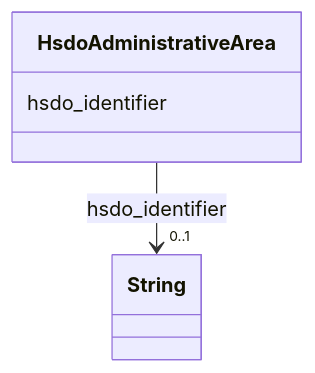
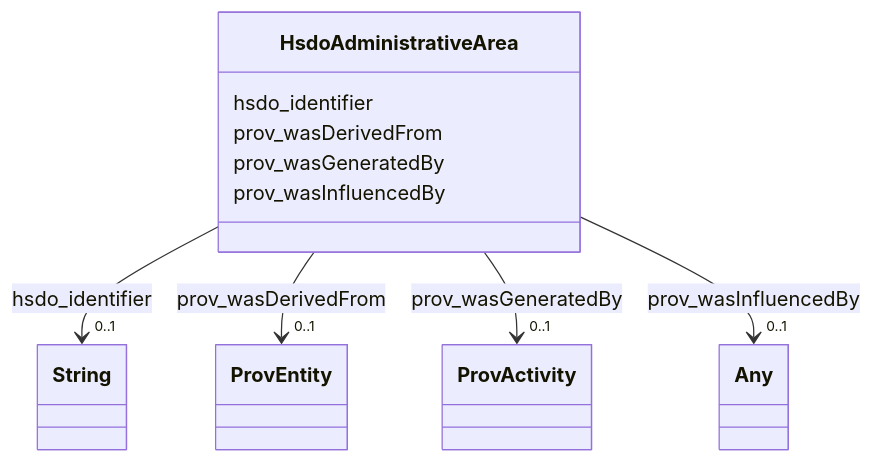
Before and after one commit to frink-okn/graph-descriptions: the diagram in dream-kg/classes/HsdoAdministrativeArea.md, drawn with Mermaid. The commit also changed other lines of this file and 47 other files, not shown here.

````diff
--- a/dream-kg/classes/HsdoAdministrativeArea.md
+++ b/dream-kg/classes/HsdoAdministrativeArea.md
@@ -19,15 +19,42 @@
 ```mermaid
  classDiagram
     class HsdoAdministrativeArea
     click HsdoAdministrativeArea href "../HsdoAdministrativeArea"
       HsdoAdministrativeArea : hsdo_identifier
         
           
     
     
     HsdoAdministrativeArea --> "0..1" String : hsdo_identifier
     click String href "../String"
 
         
+      HsdoAdministrativeArea : prov_wasDerivedFrom
+        
+          
+    
+    
+    HsdoAdministrativeArea --> "0..1" ProvEntity : prov_wasDerivedFrom
+    click ProvEntity href "../ProvEntity"
+
+        
+      HsdoAdministrativeArea : prov_wasGeneratedBy
+        
+          
+    
+    
+    HsdoAdministrativeArea --> "0..1" ProvActivity : prov_wasGeneratedBy
+    click ProvActivity href "../ProvActivity"
+
+        
+      HsdoAdministrativeArea : prov_wasInfluencedBy
+        
+          
+    
+    
+    HsdoAdministrativeArea --> "0..1" Any : prov_wasInfluencedBy
+    click Any href "../Any"
+
+        
       
 ```
````
